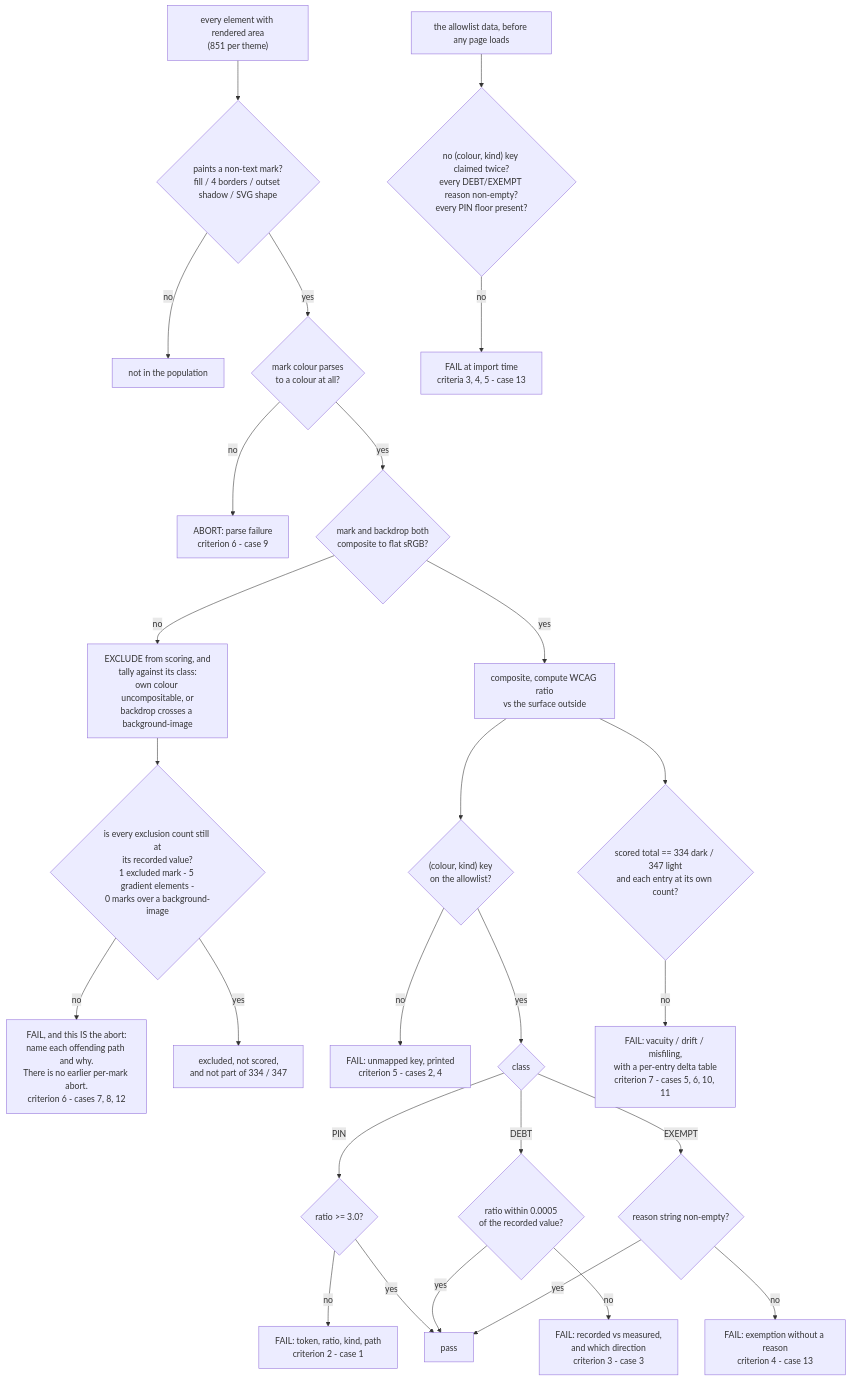
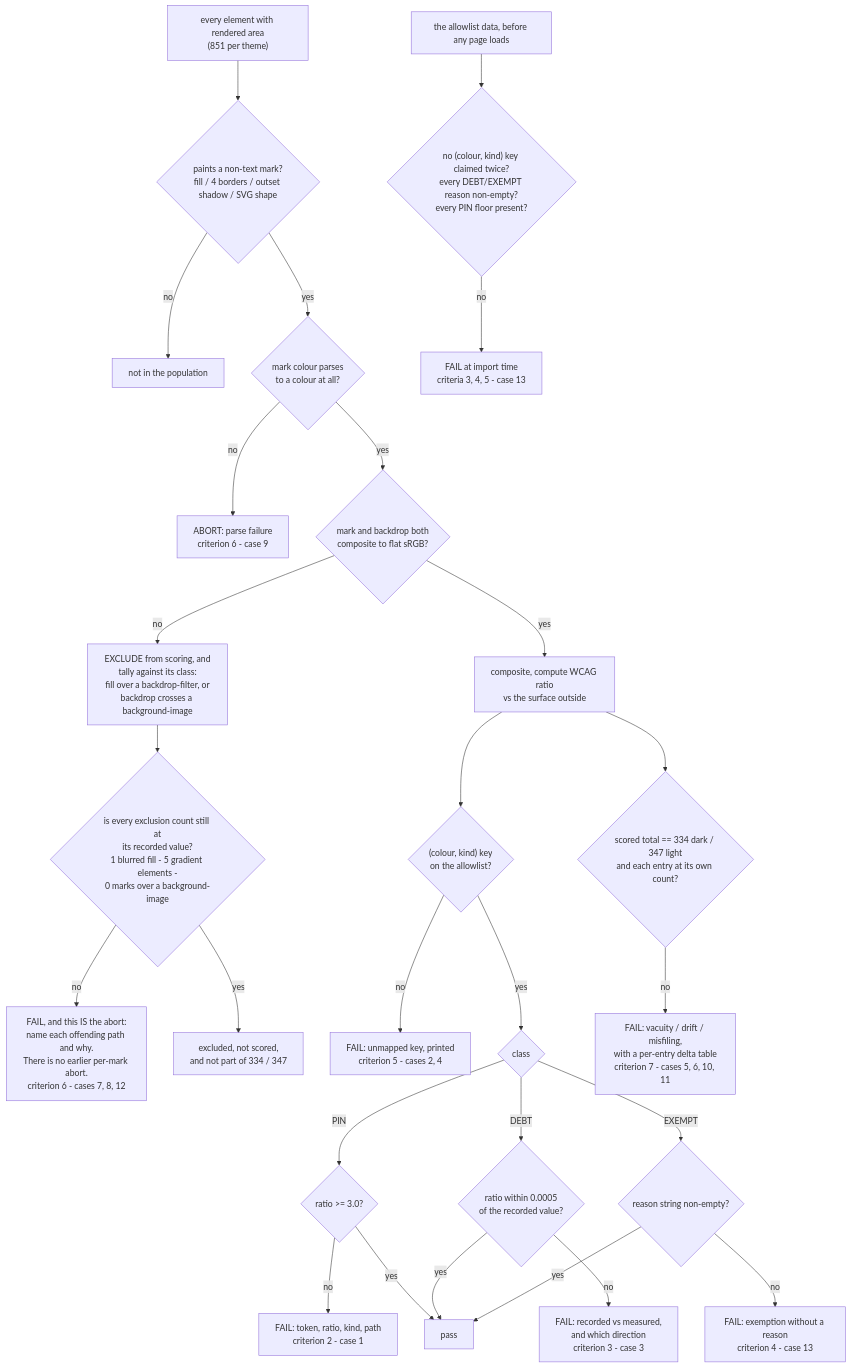
One commit to suyatdev/.claude changed the diagram in docs/features/treko-non-text-contrast.md. Above: the diagram before and after it, drawn with Mermaid. The commit also changed other lines of this file and 1 other file, not shown here.

````diff
--- a/docs/features/treko-non-text-contrast.md
+++ b/docs/features/treko-non-text-contrast.md
@@ -483,29 +496,29 @@
 ```mermaid
 flowchart TD
     A["every element with rendered area<br/>(851 per theme)"] --> B{"paints a non-text mark?<br/>fill / 4 borders / outset shadow / SVG shape"}
     B -->|no| Z["not in the population"]
     B -->|yes| N{"mark colour parses<br/>to a colour at all?"}
     N -->|no| FN["ABORT: parse failure<br/>criterion 6 - case 9"]
     N -->|yes| C{"mark and backdrop both<br/>composite to flat sRGB?"}
-    C -->|no| X["EXCLUDE from scoring, and<br/>tally against its class:<br/>own colour uncompositable, or<br/>backdrop crosses a background-image"]
-    X --> W{"is every exclusion count still at<br/>its recorded value?<br/>1 excluded mark - 5 gradient elements -<br/>0 marks over a background-image"}
+    C -->|no| X["EXCLUDE from scoring, and<br/>tally against its class:<br/>fill over a backdrop-filter, or<br/>backdrop crosses a background-image"]
+    X --> W{"is every exclusion count still at<br/>its recorded value?<br/>1 blurred fill - 5 gradient elements -<br/>0 marks over a background-image"}
     W -->|no| F2["FAIL, and this IS the abort:<br/>name each offending path and why.<br/>There is no earlier per-mark abort.<br/>criterion 6 - cases 7, 8, 12"]
     W -->|yes| OKX["excluded, not scored,<br/>and not part of 334 / 347"]
     C -->|yes| E["composite, compute WCAG ratio<br/>vs the surface outside"]
     E --> G{"(colour, kind) key<br/>on the allowlist?"}
     G -->|no| F3["FAIL: unmapped key, printed<br/>criterion 5 - cases 2, 4"]
     G -->|yes| H{"class"}
     H -->|PIN| P{"ratio >= 3.0?"}
     H -->|DEBT| Q{"ratio within 0.0005<br/>of the recorded value?"}
     H -->|EXEMPT| R{"reason string non-empty?"}
     P -->|no| FP["FAIL: token, ratio, kind, path<br/>criterion 2 - case 1"]
     Q -->|no| FQ["FAIL: recorded vs measured,<br/>and which direction<br/>criterion 3 - case 3"]
     R -->|no| FR["FAIL: exemption without a reason<br/>criterion 4 - case 13"]
     P -->|yes| OK["pass"]
     Q -->|yes| OK
     R -->|yes| OK
     E --> V{"scored total == 334 dark / 347 light<br/>and each entry at its own count?"}
     V -->|no| FV["FAIL: vacuity / drift / misfiling,<br/>with a per-entry delta table<br/>criterion 7 - cases 5, 6, 10, 11"]
     D0["the allowlist data, before any page loads"] --> D1{"no (colour, kind) key claimed twice?<br/>every DEBT/EXEMPT reason non-empty?<br/>every PIN floor present?"}
     D1 -->|no| FD["FAIL at import time<br/>criteria 3, 4, 5 - case 13"]
 ```
````
